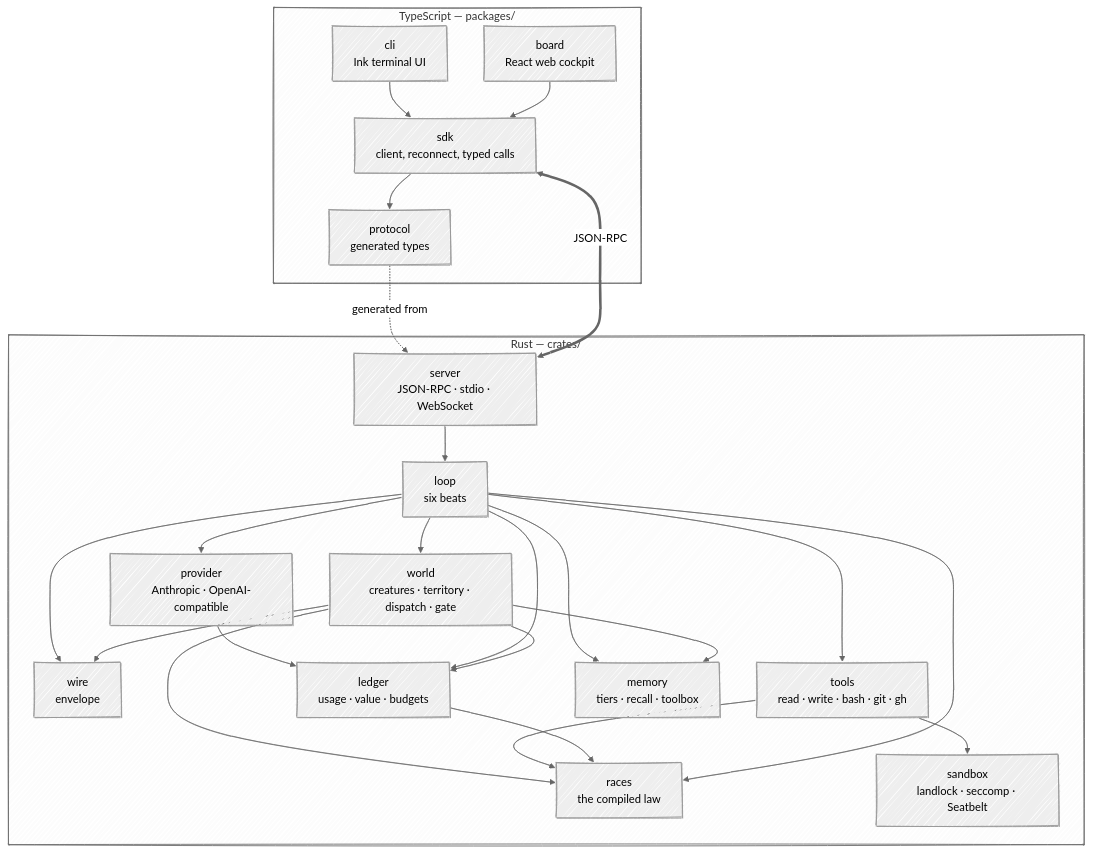
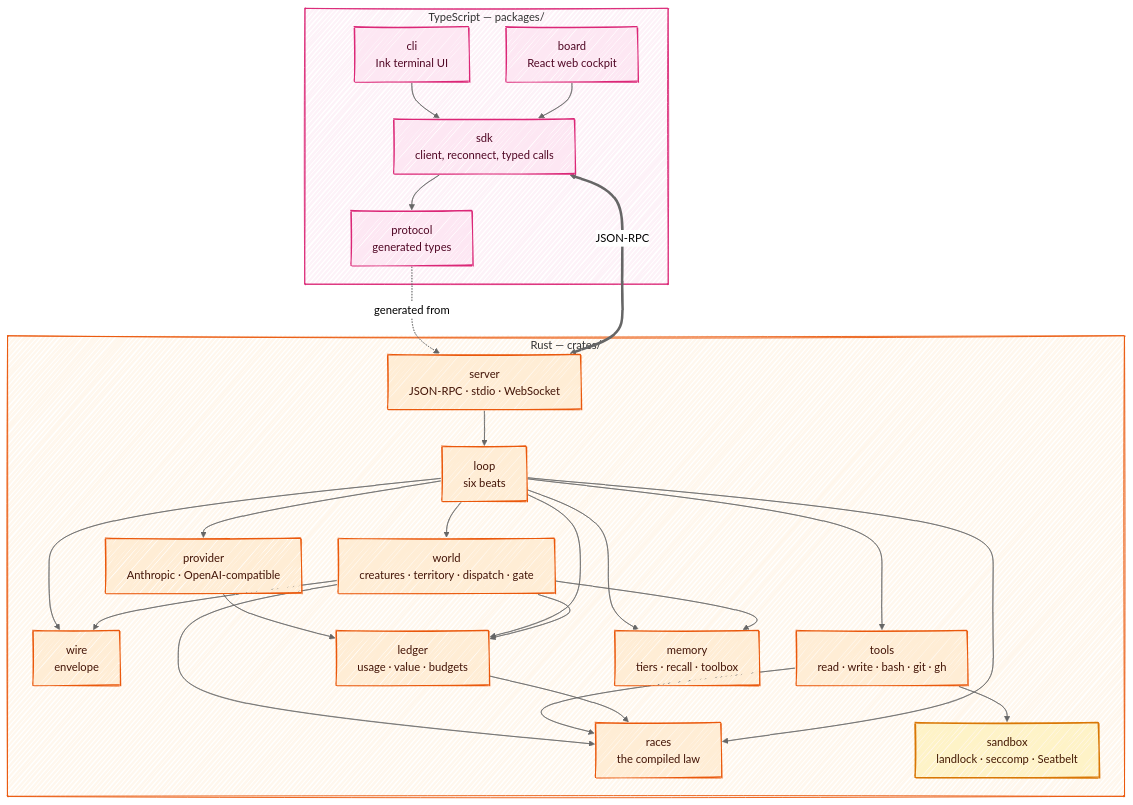
One commit to Kaginari/mnemorph changed the first of 2 diagrams in docs/05-architecture.md. Above: the diagram before and after it, drawn with Mermaid. The commit also changed other lines of this file and 10 other files, not shown here.

Commit message:
docs: colour in every diagram — one palette, a colour per race, phases in sequence diagrams, labels no longer clipped; the MCP page keeps its diagram only

````diff
--- a/docs/05-architecture.md
+++ b/docs/05-architecture.md
@@ -5,43 +5,53 @@
 ```mermaid
 ---
 config:
   look: handDrawn
   theme: neutral
+  flowchart:
+    wrappingWidth: 360
 ---
 flowchart TB
     subgraph ts["TypeScript — packages/"]
       CLI["cli<br/>Ink terminal UI"]
       BOARD["board<br/>React web cockpit"]
       SDK["sdk<br/>client, reconnect, typed calls"]
       PROTO["protocol<br/>generated types"]
       CLI --> SDK
       BOARD --> SDK
       SDK --> PROTO
     end
     subgraph rs["Rust — crates/"]
       SERVER["server<br/>JSON-RPC · stdio · WebSocket"]
       LOOP["loop<br/>six beats"]
       WORLD["world<br/>creatures · territory · dispatch · gate"]
       RACES["races<br/>the compiled law"]
       WIRE["wire<br/>envelope"]
       TOOLS["tools<br/>read · write · bash · git · gh"]
       SANDBOX["sandbox<br/>landlock · seccomp · Seatbelt"]
       PROV["provider<br/>Anthropic · OpenAI-compatible"]
       LEDGER["ledger<br/>usage · value · budgets"]
       MEM["memory<br/>tiers · recall · toolbox"]
       SERVER --> LOOP
       LOOP --> WORLD --> RACES
       LOOP --> PROV --> LEDGER
       LOOP --> TOOLS --> SANDBOX
       TOOLS --> RACES
       LOOP --> LEDGER --> RACES
       LOOP --> MEM
       LOOP --> RACES
       LOOP --> WIRE
       WORLD --> WIRE
       WORLD --> LEDGER
       WORLD --> MEM
     end
     PROTO -. generated from .-> SERVER
     SDK <==>|JSON-RPC| SERVER
+    classDef ts fill:#fde7f3,stroke:#db2777,stroke-width:1.5px,color:#500724
+    class CLI,BOARD,SDK,PROTO ts
+    classDef rs fill:#ffedd5,stroke:#ea580c,stroke-width:1.5px,color:#431407
+    class SERVER,LOOP,WORLD,RACES,WIRE,TOOLS,PROV,LEDGER,MEM rs
+    classDef gate fill:#fef3c7,stroke:#d97706,stroke-width:2px,color:#451a03
+    class SANDBOX gate
+    style ts fill:#fdf2f8,stroke:#db2777
+    style rs fill:#fff7ed,stroke:#ea580c
 ```
````
